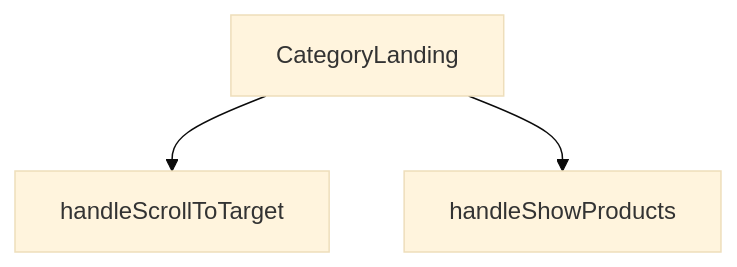
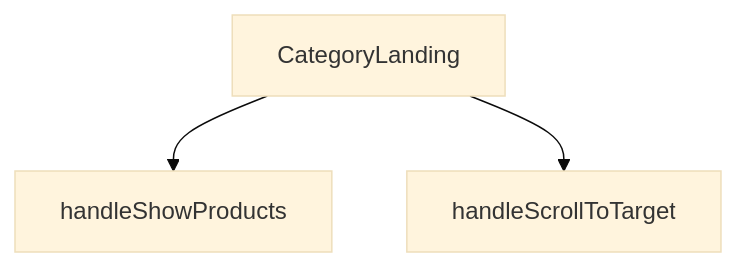
One commit to peckop/venthub-hvac-esite changed the diagram in src/views/category/CategoryLandingView.md. Above: the diagram before and after it, drawn with Mermaid (base theme). The commit also changed other lines of this file and 189 other files, not shown here.

````diff
--- a/src/views/category/CategoryLandingView.md
+++ b/src/views/category/CategoryLandingView.md
@@ -154,8 +136,8 @@
 ```mermaid
 graph TD
     CategoryLandingView_tsx__CategoryLanding["CategoryLanding"]
     CategoryLandingView_tsx__handleScrollToTarget["handleScrollToTarget"]
     CategoryLandingView_tsx__handleShowProducts["handleShowProducts"]
+    CategoryLandingView_tsx__CategoryLanding --> CategoryLandingView_tsx__handleShowProducts
     CategoryLandingView_tsx__CategoryLanding --> CategoryLandingView_tsx__handleScrollToTarget
-    CategoryLandingView_tsx__CategoryLanding --> CategoryLandingView_tsx__handleShowProducts
 ```
````
